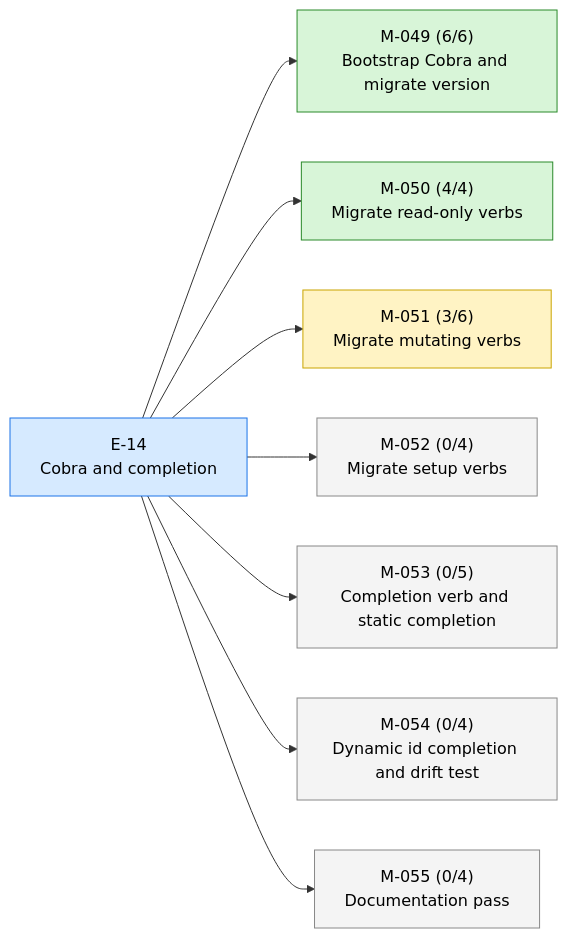
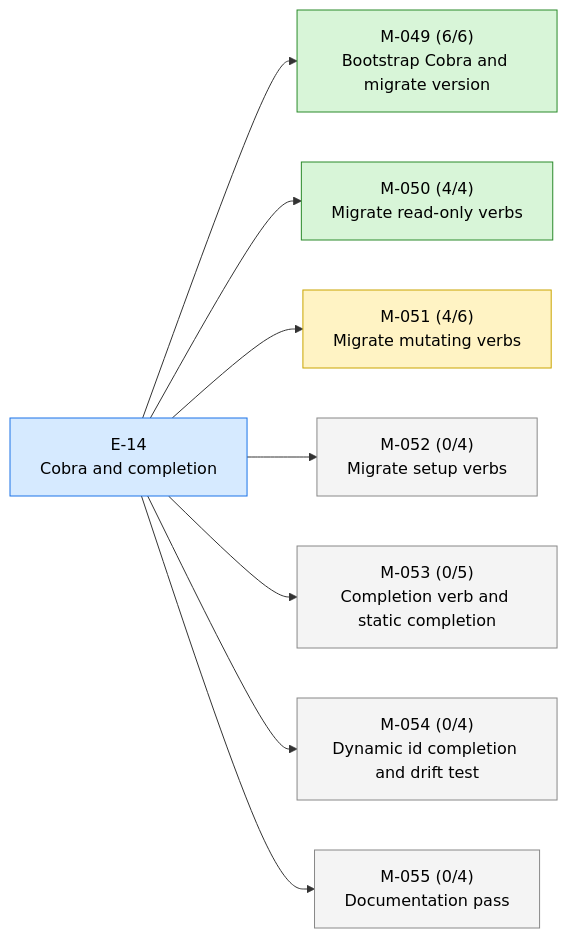
Before and after one commit to 23min/aiwf: the first of 2 diagrams in STATUS.md, drawn with Mermaid. The commit also changed other lines of this file and 1 other file, not shown here.

````diff
--- a/STATUS.md
+++ b/STATUS.md
@@ -17,24 +17,24 @@
 ```mermaid
 flowchart LR
   E_14["E-14<br/>Cobra and completion"]:::epic_active
   M_049["M-049 (6/6)<br/>Bootstrap Cobra and migrate version"]:::ms_done
   E_14 --> M_049
   M_050["M-050 (4/4)<br/>Migrate read-only verbs"]:::ms_done
   E_14 --> M_050
-  M_051["M-051 (3/6)<br/>Migrate mutating verbs"]:::ms_in_progress
+  M_051["M-051 (4/6)<br/>Migrate mutating verbs"]:::ms_in_progress
   E_14 --> M_051
   M_052["M-052 (0/4)<br/>Migrate setup verbs"]:::ms_draft
   E_14 --> M_052
   M_053["M-053 (0/5)<br/>Completion verb and static completion"]:::ms_draft
   E_14 --> M_053
   M_054["M-054 (0/4)<br/>Dynamic id completion and drift test"]:::ms_draft
   E_14 --> M_054
   M_055["M-055 (0/4)<br/>Documentation pass"]:::ms_draft
   E_14 --> M_055
   classDef epic_active fill:#d6eaff,stroke:#1a73e8,color:#000
   classDef epic_proposed fill:#f4f4f4,stroke:#888,color:#000
   classDef ms_done fill:#d8f5d8,stroke:#2a8a2a,color:#000
   classDef ms_in_progress fill:#fff3c4,stroke:#caa400,color:#000
   classDef ms_draft fill:#f4f4f4,stroke:#888,color:#000
   classDef ms_cancelled fill:#fbeaea,stroke:#c33,color:#000
 ```
````
